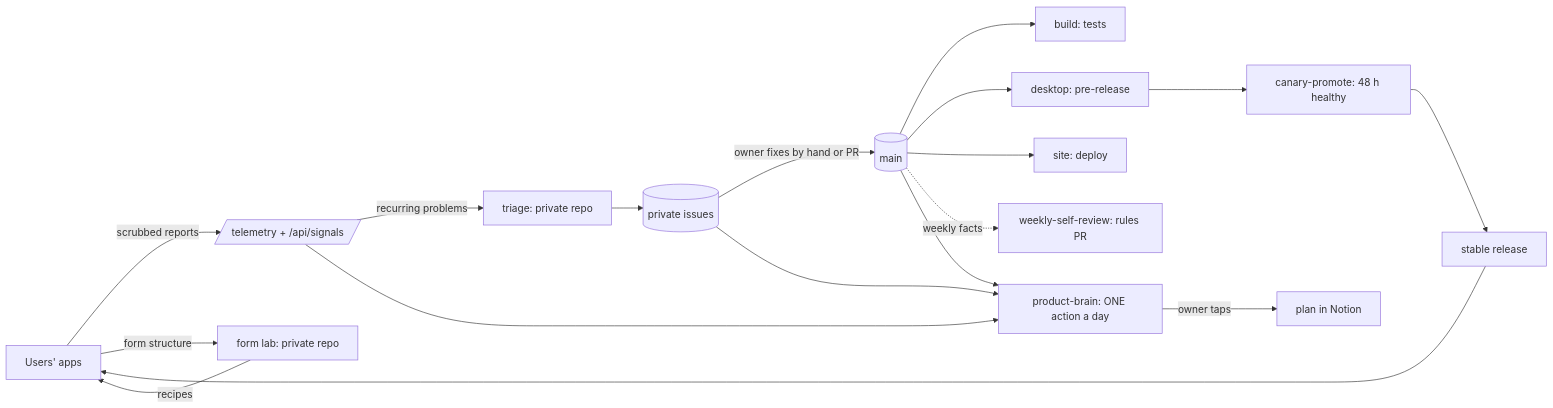
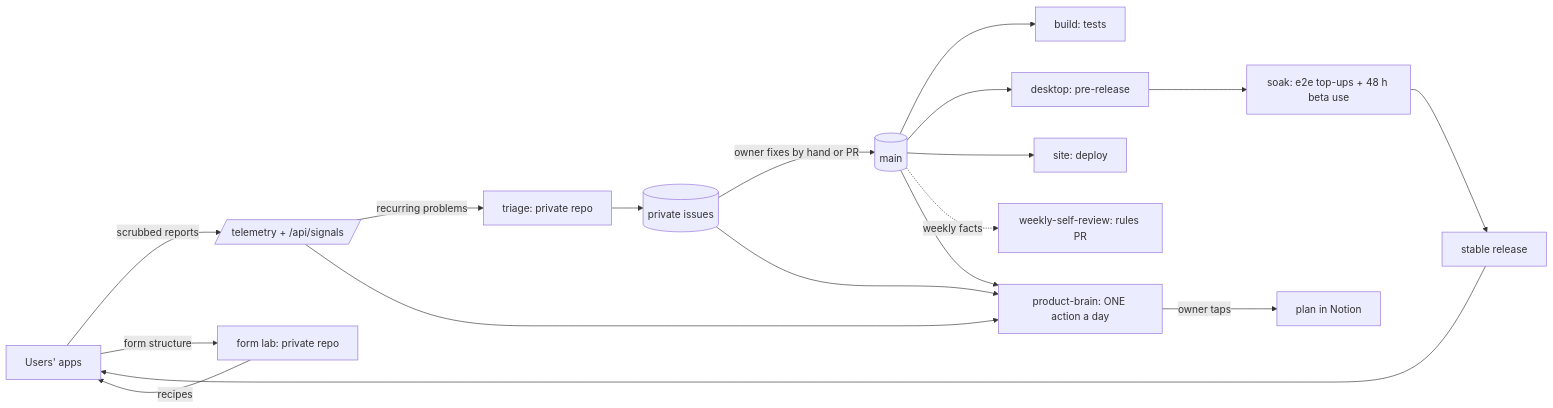
One commit to GarryOne/job-pilotto changed the diagram in docs/HOW-IT-RUNS.md. Above: the diagram before and after it, drawn with Mermaid. The commit also changed other lines of this file and 5 other files, not shown here.

Commit message:
Soak before stable: more e2e runs, no blocking finding, beta approval

````diff
--- a/docs/HOW-IT-RUNS.md
+++ b/docs/HOW-IT-RUNS.md
@@ -14,11 +14,11 @@
 ```mermaid
 flowchart LR
   apps[Users' apps] -- scrubbed reports --> tel[/telemetry + /api/signals/]
   apps -- form structure --> lab[form lab: private repo] -- recipes --> apps
   tel -- recurring problems --> triage[triage: private repo] --> issues[(private issues)]
   issues -- owner fixes by hand or PR --> main[(main)]
   main --> ci[build: tests] & desktop[desktop: pre-release] & site[site: deploy]
-  desktop --> canary[canary-promote: 48 h healthy] --> stable[stable release] --> apps
+  desktop --> canary[soak: e2e top-ups + 48 h beta use] --> stable[stable release] --> apps
   main -. weekly facts .-> review[weekly-self-review: rules PR]
   tel & issues & main --> brain[product-brain: ONE action a day] -- owner taps --> plan[plan in Notion]
 ```
````
